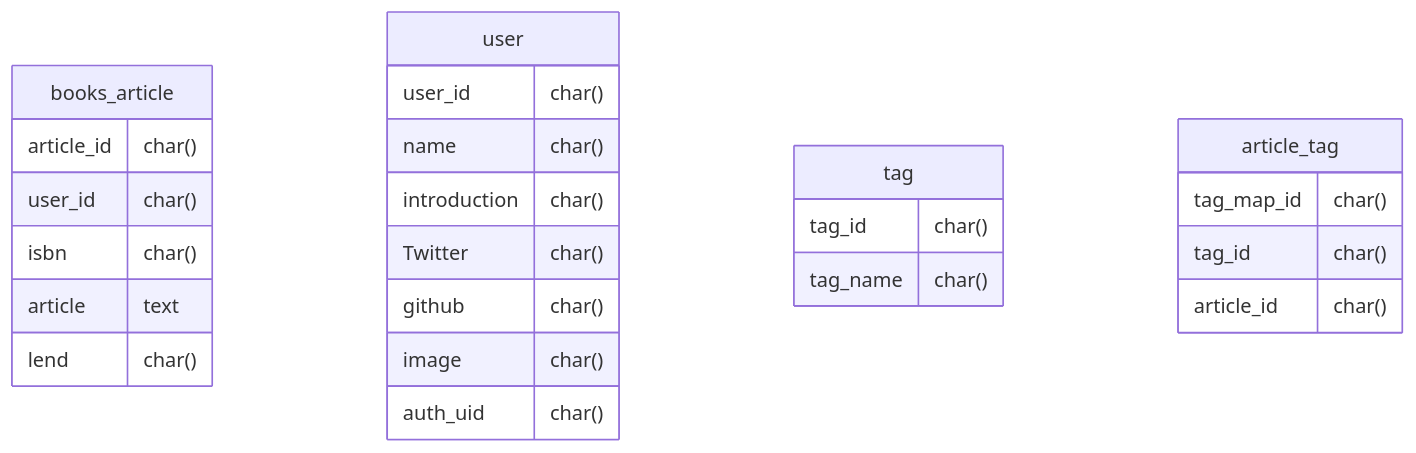
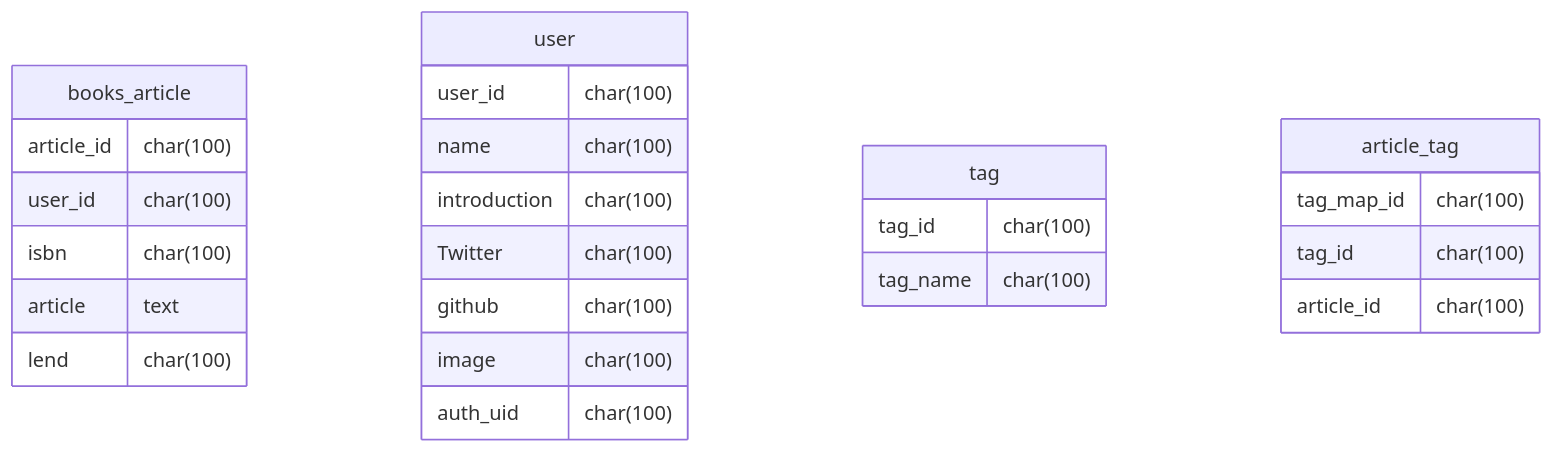
The diagram in README.md (hackz-hackathon-giganoto/team-l), drawn with Mermaid before and after one commit.

````diff
--- a/README.md
+++ b/README.md
@@ -130,33 +130,33 @@
 ```mermaid
 erDiagram
 
 books_article{
-  article_id char()
-  user_id char()
-  isbn char()
+  article_id char(100)
+  user_id char(100)
+  isbn char(100)
   article text 
-  lend char()
+  lend char(100)
 }
 
 user{
-  user_id char()
-  name char()
-  introduction char()
-  Twitter char()
-  github char()
-  image char()
-  auth_uid char()
+  user_id char(100)
+  name char(100)
+  introduction char(100)
+  Twitter char(100)
+  github char(100)
+  image char(100)
+  auth_uid char(100)
 }
 
 tag{
-  tag_id char()
-  tag_name char()
+  tag_id char(100)
+  tag_name char(100)
 }
 
 article_tag{
-  tag_map_id char()
-  tag_id char()
-  article_id char()
+  tag_map_id char(100)
+  tag_id char(100)
+  article_id char(100)
 }
 
 ```
````
